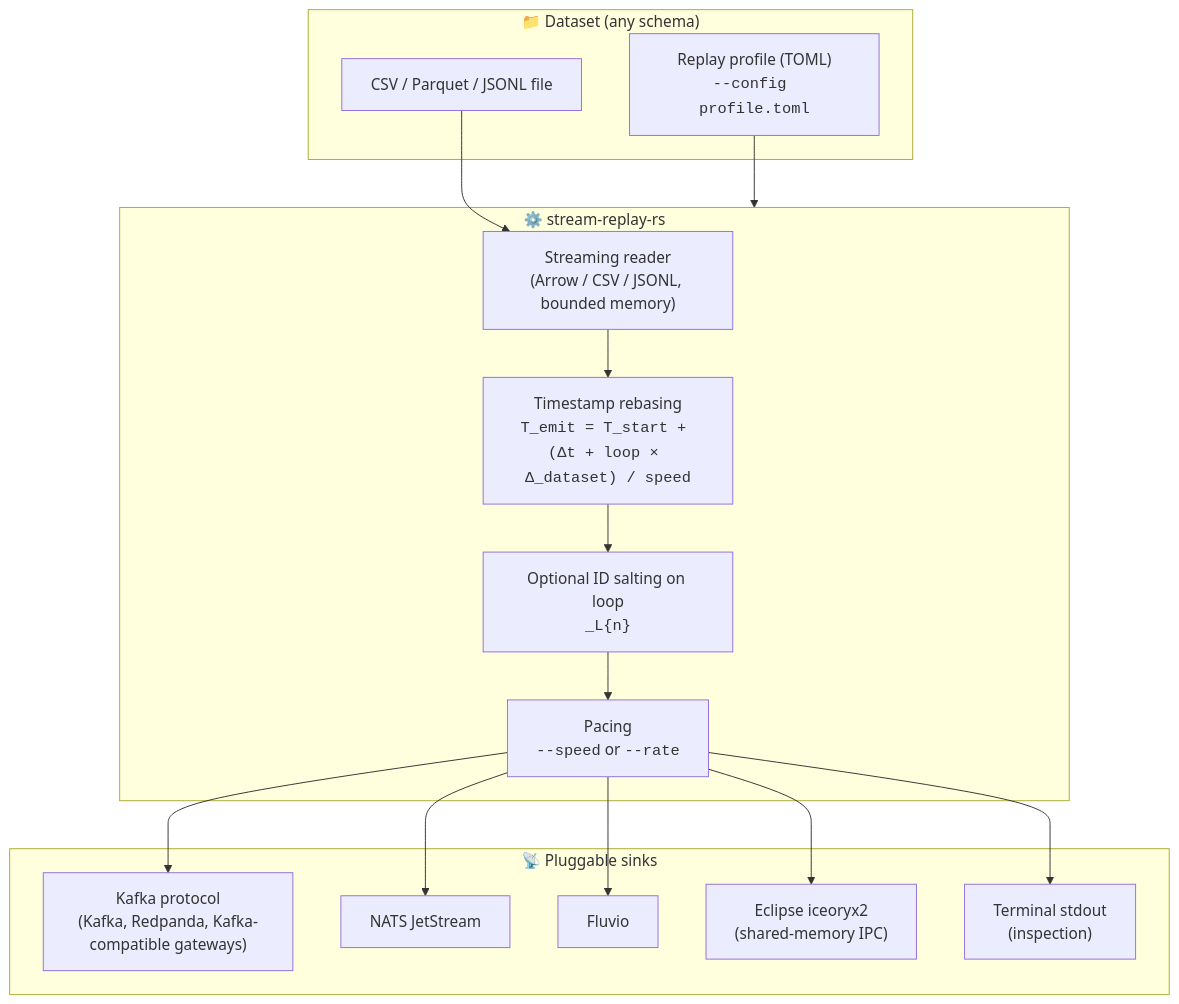
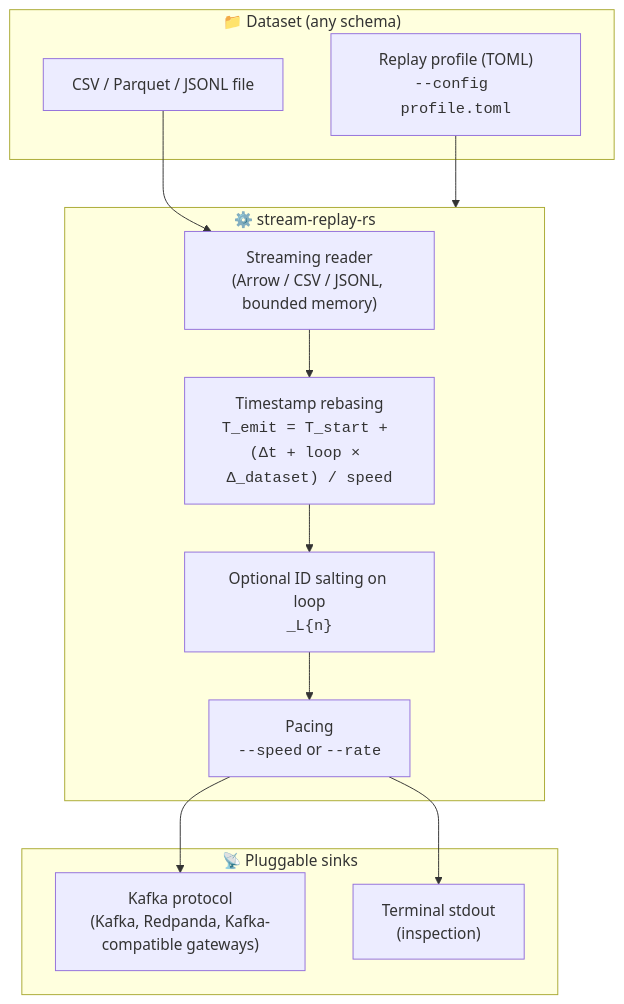
One commit to reidlai/stream-replay-rs changed the diagram in README.md. Above: the diagram before and after it, drawn with Mermaid. The commit also changed other lines of this file and 17 other files, not shown here.

````diff
--- a/README.md
+++ b/README.md
@@ -18,31 +18,25 @@
 ```mermaid
 flowchart TD
     subgraph Input ["📁 Dataset (any schema)"]
         Dataset["CSV / Parquet / JSONL file"]
         Profile["Replay profile (TOML)<br/><code>--config profile.toml</code>"]
     end
 
     subgraph Engine ["⚙️ stream-replay-rs"]
         Reader["Streaming reader<br/>(Arrow / CSV / JSONL, bounded memory)"]
         TimeEngine["Timestamp rebasing<br/><code>T_emit = T_start + (Δt + loop × Δ_dataset) / speed</code>"]
         Salter["Optional ID salting on loop<br/><code>_L{n}</code>"]
         Pacer["Pacing<br/><code>--speed</code> or <code>--rate</code>"]
     end
 
     subgraph Sinks ["📡 Pluggable sinks"]
         Kafka["Kafka protocol<br/>(Kafka, Redpanda, Kafka-compatible gateways)"]
-        NATS["NATS JetStream"]
-        Fluvio["Fluvio"]
-        Iceoryx["Eclipse iceoryx2<br/>(shared-memory IPC)"]
         Stdout["Terminal stdout<br/>(inspection)"]
     end
 
     Dataset --> Reader
     Profile --> Engine
     Reader --> TimeEngine --> Salter --> Pacer
     Pacer --> Kafka
-    Pacer --> NATS
-    Pacer --> Fluvio
-    Pacer --> Iceoryx
     Pacer --> Stdout
 ```
````
